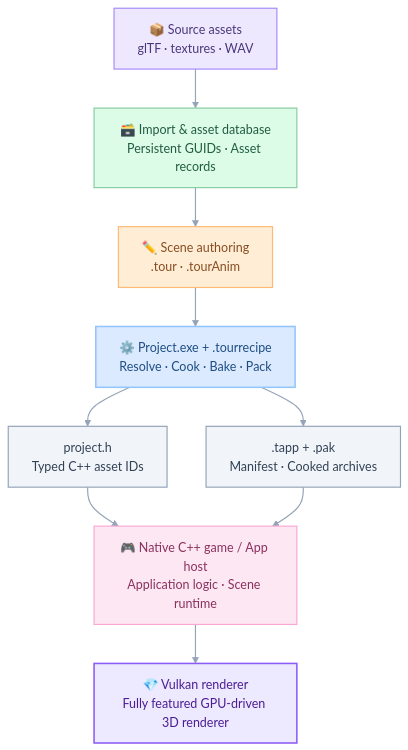
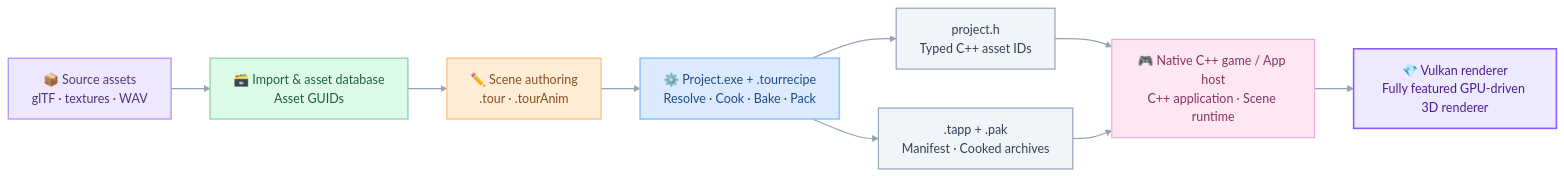
The diagram in README.md (striker-samuel/tourmaline), drawn with Mermaid (base theme) before and after one commit.

Commit message:
docs: make content pipeline diagram horizontal

````diff
--- a/README.md
+++ b/README.md
@@ -60,38 +60,38 @@
 ```mermaid
-flowchart TD
+flowchart LR
     A["📦 Source assets<br/>glTF · textures · WAV"]
-    B["🗃️ Import & asset database<br/>Persistent GUIDs · Asset records"]
+    B["🗃️ Import & asset database<br/>Asset GUIDs"]
     C["✏️ Scene authoring<br/>.tour · .tourAnim"]
     D["⚙️ Project.exe + .tourrecipe<br/>Resolve · Cook · Bake · Pack"]
 
     E["project.h<br/>Typed C++ asset IDs"]
     F[".tapp + .pak<br/>Manifest · Cooked archives"]
 
-    G["🎮 Native C++ game / App host<br/>Application logic · Scene runtime"]
+    G["🎮 Native C++ game / App host<br/>C++ application · Scene runtime"]
     H["💎 Vulkan renderer<br/>Fully featured GPU-driven 3D renderer"]
 
     A --> B --> C --> D
     D --> E
     D --> F
     E --> G
     F --> G
     G --> H
 
     classDef assets fill:#eee8ff,stroke:#a78bfa,color:#49377a,stroke-width:1.5px
     classDef import fill:#dcfce7,stroke:#86cba2,color:#225c40,stroke-width:1.5px
     classDef author fill:#ffedd5,stroke:#fdba74,color:#874d22,stroke-width:1.5px
     classDef build fill:#dbeafe,stroke:#93c5fd,color:#1e4d83,stroke-width:2px
     classDef output fill:#f1f5f9,stroke:#94a3b8,color:#334155,stroke-width:1.5px
     classDef runtime fill:#fce7f3,stroke:#f9a8d4,color:#8b315e,stroke-width:1.5px
     classDef renderer fill:#ede9fe,stroke:#8b5cf6,color:#4c1d95,stroke-width:2px
 
     class A assets
     class B import
     class C author
     class D build
     class E,F output
     class G runtime
     class H renderer
 
     linkStyle default stroke:#94a3b8,stroke-width:1.5px
 ```
````
